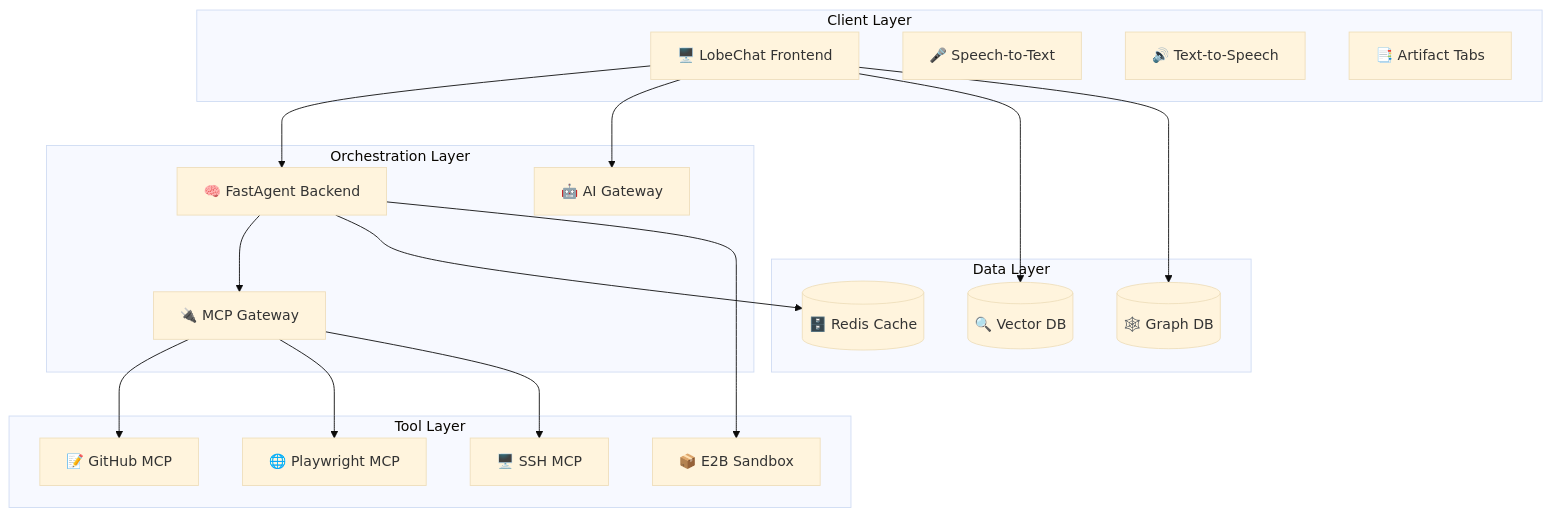
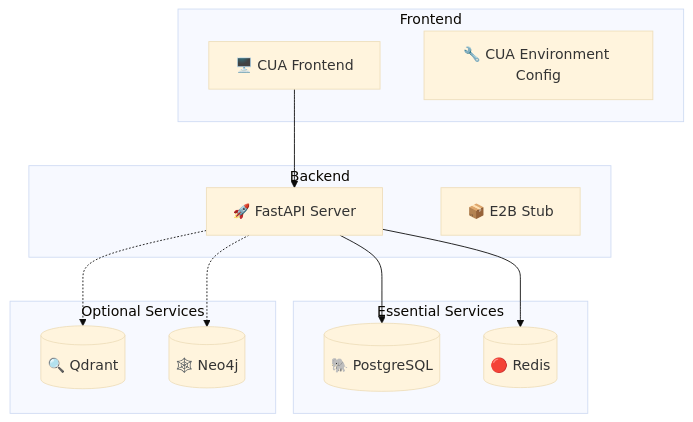
The first of 5 diagrams in README.md (myselfgus/cua), drawn with Mermaid (base theme) before and after one commit. The commit also changed other lines of this file, not shown here.

````diff
--- a/README.md
+++ b/README.md
@@ -42,39 +43,28 @@
 ```mermaid
 graph TB
-    subgraph "Client Layer"
-        UI[🖥️ LobeChat Frontend]
-        STT[🎤 Speech-to-Text]
-        TTS[🔊 Text-to-Speech]
-        Tabs[📑 Artifact Tabs]
+    subgraph "Frontend"
+        UI[🖥️ CUA Frontend]
+        ENV[🔧 CUA Environment Config]
     end
-
-    subgraph "Orchestration Layer"
-        FA[🧠 FastAgent Backend]
-        AG[🤖 AI Gateway]
-        MG[🔌 MCP Gateway]
+    
+    subgraph "Backend"
+        API[🚀 FastAPI Server]
+        E2B_STUB[📦 E2B Stub]
     end
-
-    subgraph "Data Layer"
-        Redis[(🗄️ Redis Cache)]
-        Qdrant[(🔍 Vector DB)]
-        Neo4j[(🕸️ Graph DB)]
+    
+    subgraph "Essential Services"
+        PG[(🐘 PostgreSQL)]
+        RD[(🔴 Redis)]
     end
-
-    subgraph "Tool Layer"
-        GH[📝 GitHub MCP]
-        PW[🌐 Playwright MCP]
-        SSH[🖥️ SSH MCP]
-        E2B[📦 E2B Sandbox]
+    
+    subgraph "Optional Services"
+        QD[(🔍 Qdrant)]
+        N4J[(🕸️ Neo4j)]
     end
-
-    UI --> FA
-    UI --> AG
-    UI --> Qdrant
-    UI --> Neo4j
-    FA --> MG
-    FA --> Redis
-    MG --> GH
-    MG --> PW
-    MG --> SSH
-    FA --> E2B
+    
+    UI --> API
+    API --> PG
+    API --> RD
+    API -.-> QD
+    API -.-> N4J
 ```
````
